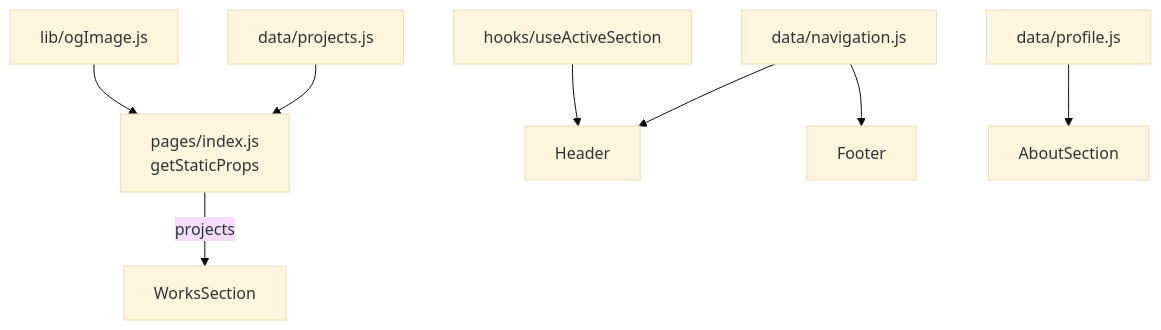
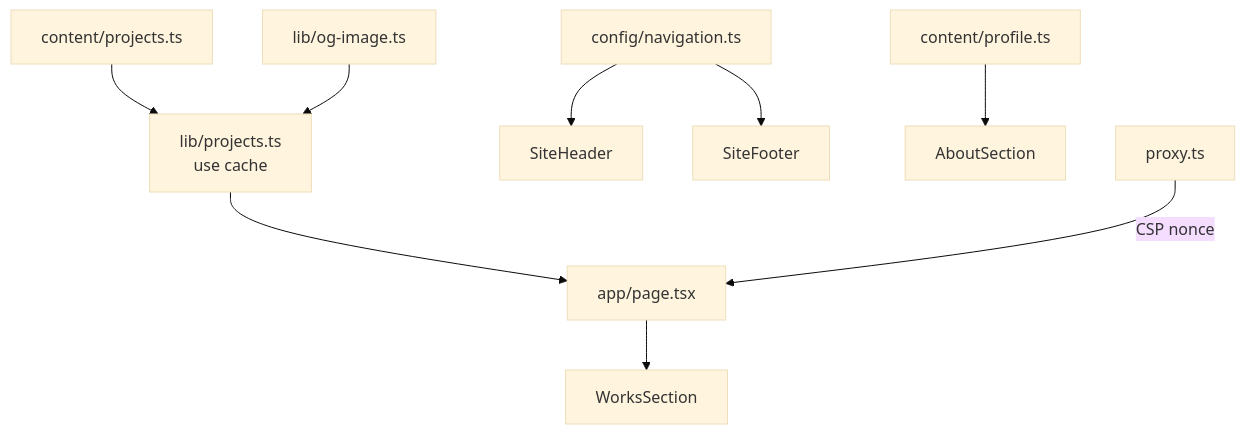
The diagram in README.md (bright-broom/ToshikiSakuta), drawn with Mermaid (base theme) before and after one commit. The commit also changed other lines of this file and 59 other files, not shown here.

````diff
--- a/README.md
+++ b/README.md
@@ -54,10 +87,11 @@
 ```mermaid
 graph TD
-    P[data/projects.js] --> S[pages/index.js<br/>getStaticProps]
-    O[lib/ogImage.js] --> S
-    S -->|projects| W[WorksSection]
-    N[data/navigation.js] --> H[Header]
-    N --> F[Footer]
-    R[data/profile.js] --> A[AboutSection]
-    AS[hooks/useActiveSection] --> H
+    C[content/projects.ts] --> L[lib/projects.ts<br/>use cache]
+    O[lib/og-image.ts] --> L
+    L --> P[app/page.tsx]
+    P --> W[WorksSection]
+    N[config/navigation.ts] --> H[SiteHeader]
+    N --> F[SiteFooter]
+    R[content/profile.ts] --> A[AboutSection]
+    X[proxy.ts] -->|CSP nonce| P
 ```
````
